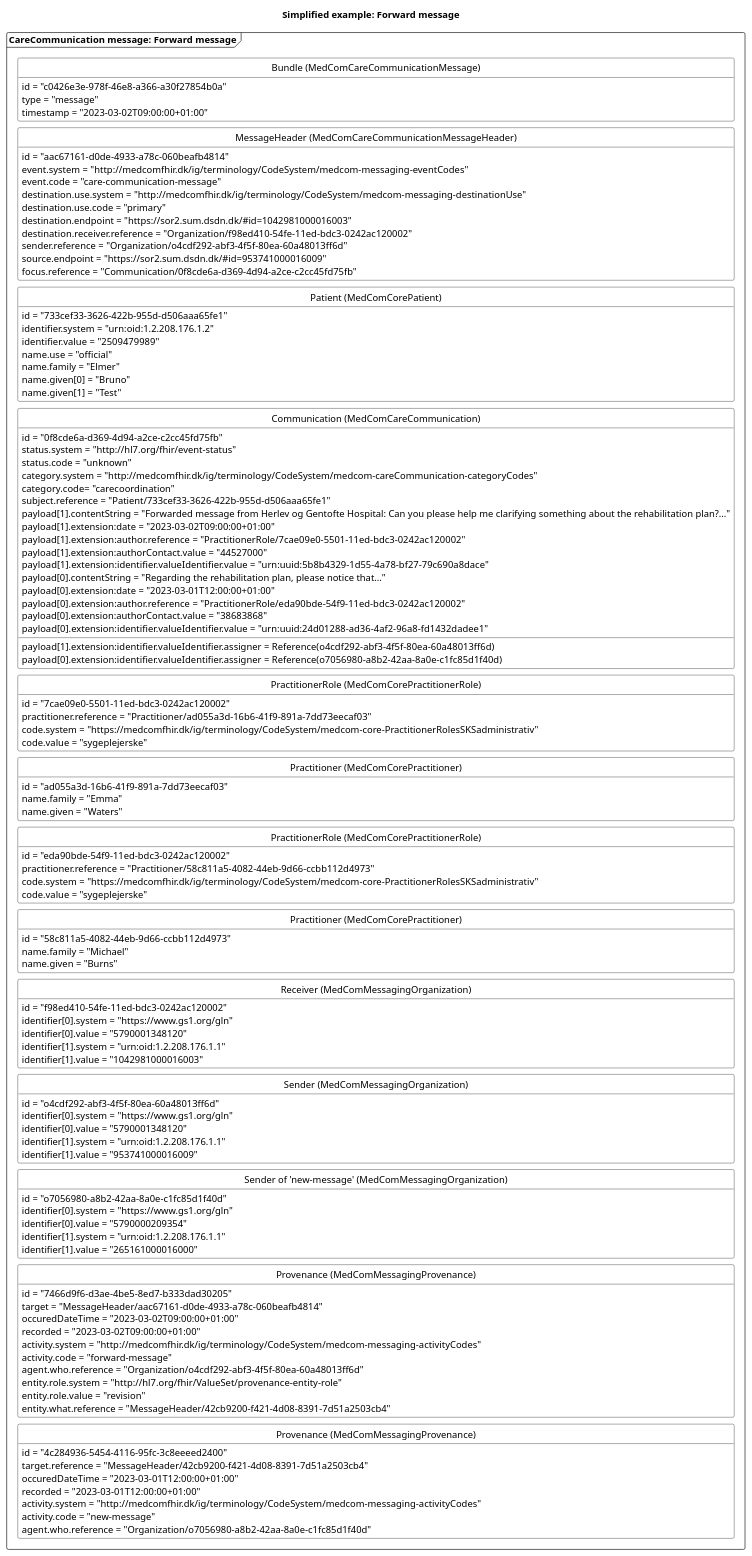
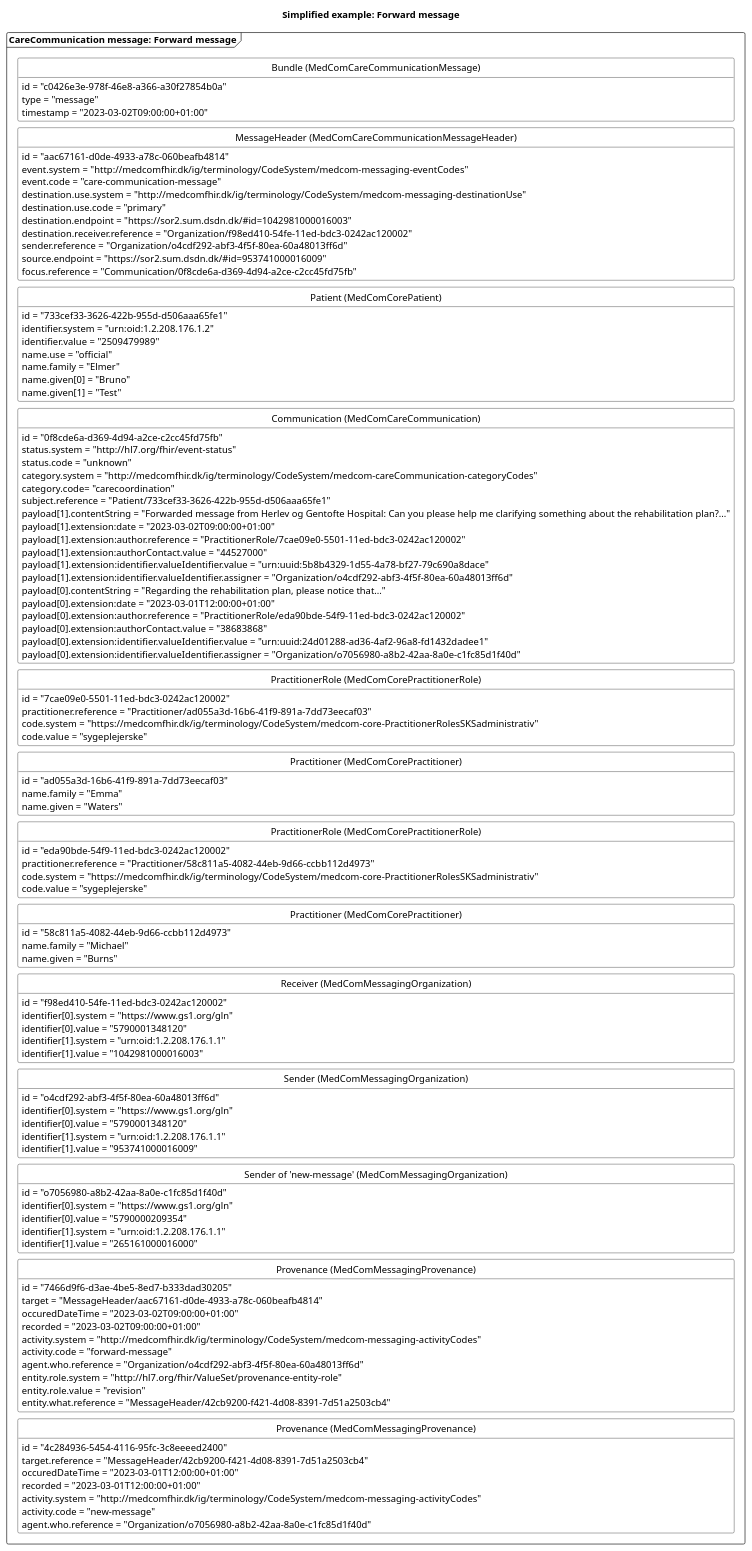
The diagram in puml/CareCommunicationForwardMessage.puml (medcomdk/dk-medcom-carecommunication), drawn with PlantUML before and after one commit. The commit also changed 9 other files, not shown here.

```diff
--- a/puml/CareCommunicationForwardMessage.puml
+++ b/puml/CareCommunicationForwardMessage.puml
@@ -1,145 +1,145 @@
 @startuml CCForwardMessage2
 
 'layout
 skinparam class {
     BackgroundColor White
     BorderColor Black
     ArrowColor Black
   }
 hide circle
 hide empty members
 skinparam SameClassWidth true
 skinparam Ranksep 10
 
 
 'title
 title Simplified example: Forward message
 
 'Message 1: Forward message
 package "CareCommunication message: Forward message" as forward <<Frame>>{
     class "Bundle (MedComCareCommunicationMessage)" as forwardB {
         id = "c0426e3e-978f-46e8-a366-a30f27854b0a"
         type = "message"
         timestamp = "2023-03-02T09:00:00+01:00"
     }
     class "MessageHeader (MedComCareCommunicationMessageHeader)" as forwardMH{
         id = "aac67161-d0de-4933-a78c-060beafb4814"
         event.system = "http://medcomfhir.dk/ig/terminology/CodeSystem/medcom-messaging-eventCodes"
         event.code = "care-communication-message"
         destination.use.system = "http://medcomfhir.dk/ig/terminology/CodeSystem/medcom-messaging-destinationUse"
         destination.use.code = "primary"
         destination.endpoint = "https://sor2.sum.dsdn.dk/#id=1042981000016003"
         destination.receiver.reference = "Organization/f98ed410-54fe-11ed-bdc3-0242ac120002"
         sender.reference = "Organization/o4cdf292-abf3-4f5f-80ea-60a48013ff6d"
         source.endpoint = "https://sor2.sum.dsdn.dk/#id=953741000016009"
         focus.reference = "Communication/0f8cde6a-d369-4d94-a2ce-c2cc45fd75fb"
     }
     class "Patient (MedComCorePatient)" as forwardPT{
         id = "733cef33-3626-422b-955d-d506aaa65fe1"
         identifier.system = "urn:oid:1.2.208.176.1.2"
         identifier.value = "2509479989"
         name.use = "official"
         name.family = "Elmer"
         name.given[0] = "Bruno"
         name.given[1] = "Test"
     }
     class "Communication (MedComCareCommunication)" as forwardCom{
         id = "0f8cde6a-d369-4d94-a2ce-c2cc45fd75fb"
         status.system = "http://hl7.org/fhir/event-status" 
         status.code = "unknown"
         category.system = "http://medcomfhir.dk/ig/terminology/CodeSystem/medcom-careCommunication-categoryCodes"
         category.code= "carecoordination"
         subject.reference = "Patient/733cef33-3626-422b-955d-d506aaa65fe1"
         payload[1].contentString = "Forwarded message from Herlev og Gentofte Hospital: Can you please help me clarifying something about the rehabilitation plan?..."
         payload[1].extension:date = "2023-03-02T09:00:00+01:00"
         payload[1].extension:author.reference = "PractitionerRole/7cae09e0-5501-11ed-bdc3-0242ac120002"
         payload[1].extension:authorContact.value = "44527000"
         payload[1].extension:identifier.valueIdentifier.value = "urn:uuid:5b8b4329-1d55-4a78-bf27-79c690a8dace"
-        payload[1].extension:identifier.valueIdentifier.assigner = Reference(o4cdf292-abf3-4f5f-80ea-60a48013ff6d)
+        payload[1].extension:identifier.valueIdentifier.assigner = "Organization/o4cdf292-abf3-4f5f-80ea-60a48013ff6d"
         payload[0].contentString = "Regarding the rehabilitation plan, please notice that..."
         payload[0].extension:date = "2023-03-01T12:00:00+01:00"
         payload[0].extension:author.reference = "PractitionerRole/eda90bde-54f9-11ed-bdc3-0242ac120002"
         payload[0].extension:authorContact.value = "38683868"
         payload[0].extension:identifier.valueIdentifier.value = "urn:uuid:24d01288-ad36-4af2-96a8-fd1432dadee1"
-        payload[0].extension:identifier.valueIdentifier.assigner = Reference(o7056980-a8b2-42aa-8a0e-c1fc85d1f40d)
+        payload[0].extension:identifier.valueIdentifier.assigner = "Organization/o7056980-a8b2-42aa-8a0e-c1fc85d1f40d"
     }
     class "PractitionerRole (MedComCorePractitionerRole)" as forwardPracR{
         id = "7cae09e0-5501-11ed-bdc3-0242ac120002"
         practitioner.reference = "Practitioner/ad055a3d-16b6-41f9-891a-7dd73eecaf03"
         code.system = "https://medcomfhir.dk/ig/terminology/CodeSystem/medcom-core-PractitionerRolesSKSadministrativ"
         code.value = "sygeplejerske"
     }
     class "Practitioner (MedComCorePractitioner)" as forwardPrac{
         id = "ad055a3d-16b6-41f9-891a-7dd73eecaf03"
         name.family = "Emma"
         name.given = "Waters"
     }
     class "PractitionerRole (MedComCorePractitionerRole)" as newPracR{
         id = "eda90bde-54f9-11ed-bdc3-0242ac120002"
         practitioner.reference = "Practitioner/58c811a5-4082-44eb-9d66-ccbb112d4973"
         code.system = "https://medcomfhir.dk/ig/terminology/CodeSystem/medcom-core-PractitionerRolesSKSadministrativ"
         code.value = "sygeplejerske"
     }
     class "Practitioner (MedComCorePractitioner)" as newPrac{
         id = "58c811a5-4082-44eb-9d66-ccbb112d4973"
         name.family = "Michael"
         name.given = "Burns"
     }
     class "Receiver (MedComMessagingOrganization)" as forwardROrg{
         id = "f98ed410-54fe-11ed-bdc3-0242ac120002"
         identifier[0].system = "https://www.gs1.org/gln"
         identifier[0].value = "5790001348120"
         identifier[1].system = "urn:oid:1.2.208.176.1.1"
         identifier[1].value = "1042981000016003"
     }
     class "Sender (MedComMessagingOrganization)" as forwardSOrg{
         id = "o4cdf292-abf3-4f5f-80ea-60a48013ff6d"
         identifier[0].system = "https://www.gs1.org/gln"
         identifier[0].value = "5790001348120"
         identifier[1].system = "urn:oid:1.2.208.176.1.1"
         identifier[1].value = "953741000016009"
     }
     class "Sender of 'new-message' (MedComMessagingOrganization)" as senderOrg{
         id = "o7056980-a8b2-42aa-8a0e-c1fc85d1f40d"
         identifier[0].system = "https://www.gs1.org/gln"
         identifier[0].value = "5790000209354"
         identifier[1].system = "urn:oid:1.2.208.176.1.1"
         identifier[1].value = "265161000016000"
     }
     class "Provenance (MedComMessagingProvenance)" as forwardPRO{
         id = "7466d9f6-d3ae-4be5-8ed7-b333dad30205"
         target = "MessageHeader/aac67161-d0de-4933-a78c-060beafb4814"
         occuredDateTime = "2023-03-02T09:00:00+01:00"
         recorded = "2023-03-02T09:00:00+01:00"
         activity.system = "http://medcomfhir.dk/ig/terminology/CodeSystem/medcom-messaging-activityCodes"
         activity.code = "forward-message"
         agent.who.reference = "Organization/o4cdf292-abf3-4f5f-80ea-60a48013ff6d"
         entity.role.system = "http://hl7.org/fhir/ValueSet/provenance-entity-role"
         entity.role.value = "revision"
         entity.what.reference = "MessageHeader/42cb9200-f421-4d08-8391-7d51a2503cb4"
     }
     class "Provenance (MedComMessagingProvenance)" as newPRO{
         id = "4c284936-5454-4116-95fc-3c8eeeed2400"
         target.reference = "MessageHeader/42cb9200-f421-4d08-8391-7d51a2503cb4"
         occuredDateTime = "2023-03-01T12:00:00+01:00"
         recorded = "2023-03-01T12:00:00+01:00"
         activity.system = "http://medcomfhir.dk/ig/terminology/CodeSystem/medcom-messaging-activityCodes"
         activity.code = "new-message"
         agent.who.reference = "Organization/o7056980-a8b2-42aa-8a0e-c1fc85d1f40d"
     }
 
 forwardB -[hidden]- forwardMH
 forwardMH -[hidden]-forwardPT
 forwardPT-[hidden]-forwardCom
 forwardCom -[hidden]-forwardPracR
 forwardPracR-[hidden]-forwardPrac
 forwardPrac-[hidden]-newPracR
 newPracR-[hidden]-newPrac
 newPrac-[hidden]-forwardROrg
 forwardROrg-[hidden]- forwardSOrg
 forwardSOrg-[hidden]-senderOrg
 senderOrg-[hidden]-forwardPRO
 forwardPRO-[hidden]-newPRO
 
 
 @enduml
```
